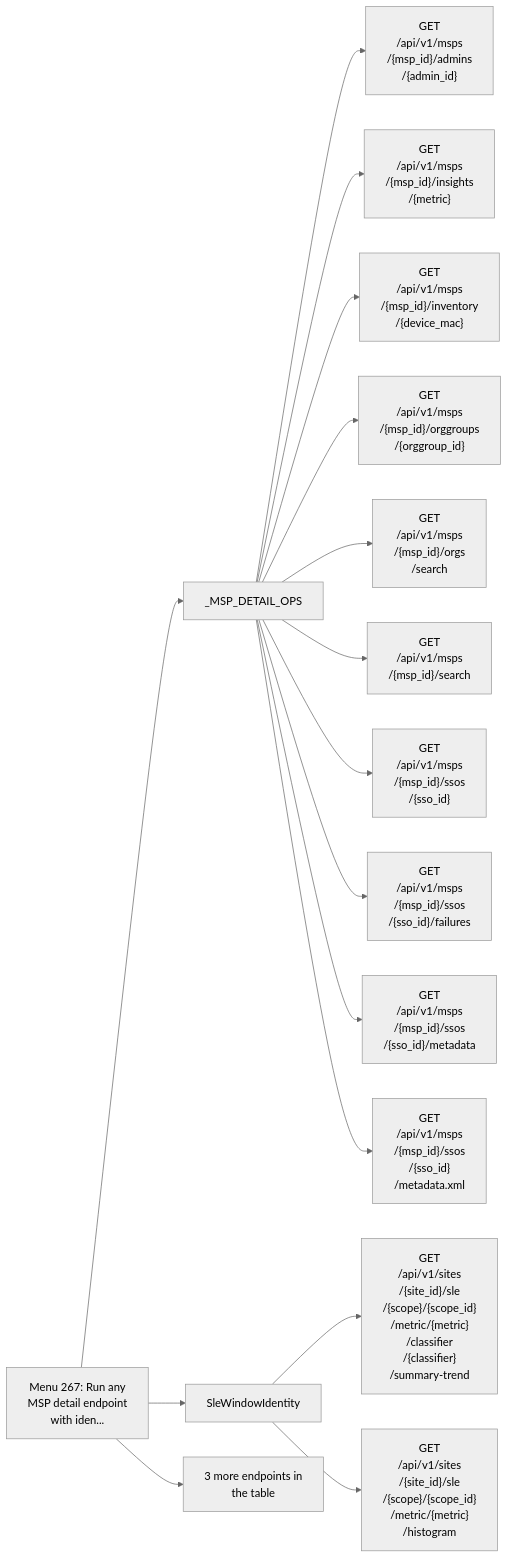
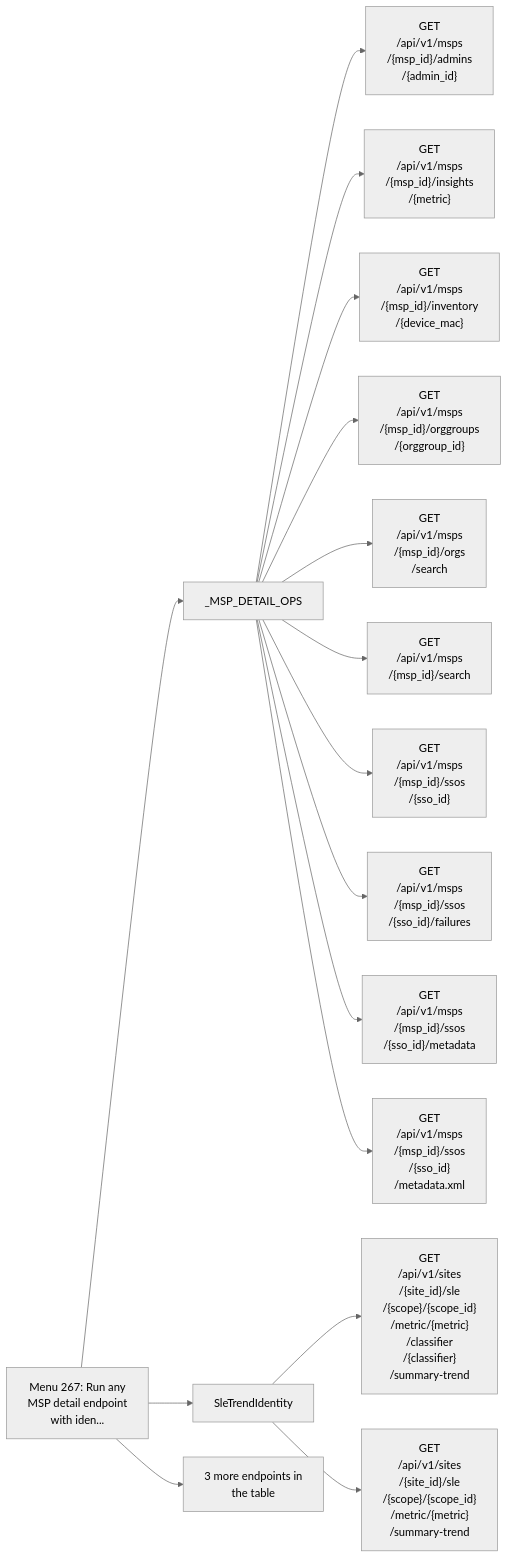
Diagram 24 of 26 in documentation/menu-api/interactive-safe.md (jmorrison-juniper/MistHelper), drawn with Mermaid (neutral theme) before and after one commit. The commit also changed other lines of this file and 10 other files, not shown here.

First line of the commit message:
fix(sle): preserve trend identity contract

````diff
--- a/documentation/menu-api/interactive-safe.md
+++ b/documentation/menu-api/interactive-safe.md
@@ -1778,19 +1779,19 @@
 ```mermaid
 flowchart LR
     menu["Menu 267: Run any<br/>MSP detail endpoint<br/>with iden..."]
     menu --> c1["_MSP_DETAIL_OPS"]
     c1 --> e1["GET<br/>/api/v1/msps<br/>/{msp_id}/admins<br/>/{admin_id}"]
     c1 --> e2["GET<br/>/api/v1/msps<br/>/{msp_id}/insights<br/>/{metric}"]
     c1 --> e3["GET<br/>/api/v1/msps<br/>/{msp_id}/inventory<br/>/{device_mac}"]
     c1 --> e4["GET<br/>/api/v1/msps<br/>/{msp_id}/orggroups<br/>/{orggroup_id}"]
     c1 --> e5["GET<br/>/api/v1/msps<br/>/{msp_id}/orgs<br/>/search"]
     c1 --> e6["GET<br/>/api/v1/msps<br/>/{msp_id}/search"]
     c1 --> e7["GET<br/>/api/v1/msps<br/>/{msp_id}/ssos<br/>/{sso_id}"]
     c1 --> e8["GET<br/>/api/v1/msps<br/>/{msp_id}/ssos<br/>/{sso_id}/failures"]
     c1 --> e9["GET<br/>/api/v1/msps<br/>/{msp_id}/ssos<br/>/{sso_id}/metadata"]
     c1 --> e10["GET<br/>/api/v1/msps<br/>/{msp_id}/ssos<br/>/{sso_id}<br/>/metadata.xml"]
-    menu --> c2["SleWindowIdentity"]
+    menu --> c2["SleTrendIdentity"]
     c2 --> e11["GET<br/>/api/v1/sites<br/>/{site_id}/sle<br/>/{scope}/{scope_id}<br/>/metric/{metric}<br/>/classifier<br/>/{classifier}<br/>/summary-trend"]
-    c2 --> e12["GET<br/>/api/v1/sites<br/>/{site_id}/sle<br/>/{scope}/{scope_id}<br/>/metric/{metric}<br/>/histogram"]
+    c2 --> e12["GET<br/>/api/v1/sites<br/>/{site_id}/sle<br/>/{scope}/{scope_id}<br/>/metric/{metric}<br/>/summary-trend"]
     menu --> more["3 more endpoints in<br/>the table"]
 ```
````
